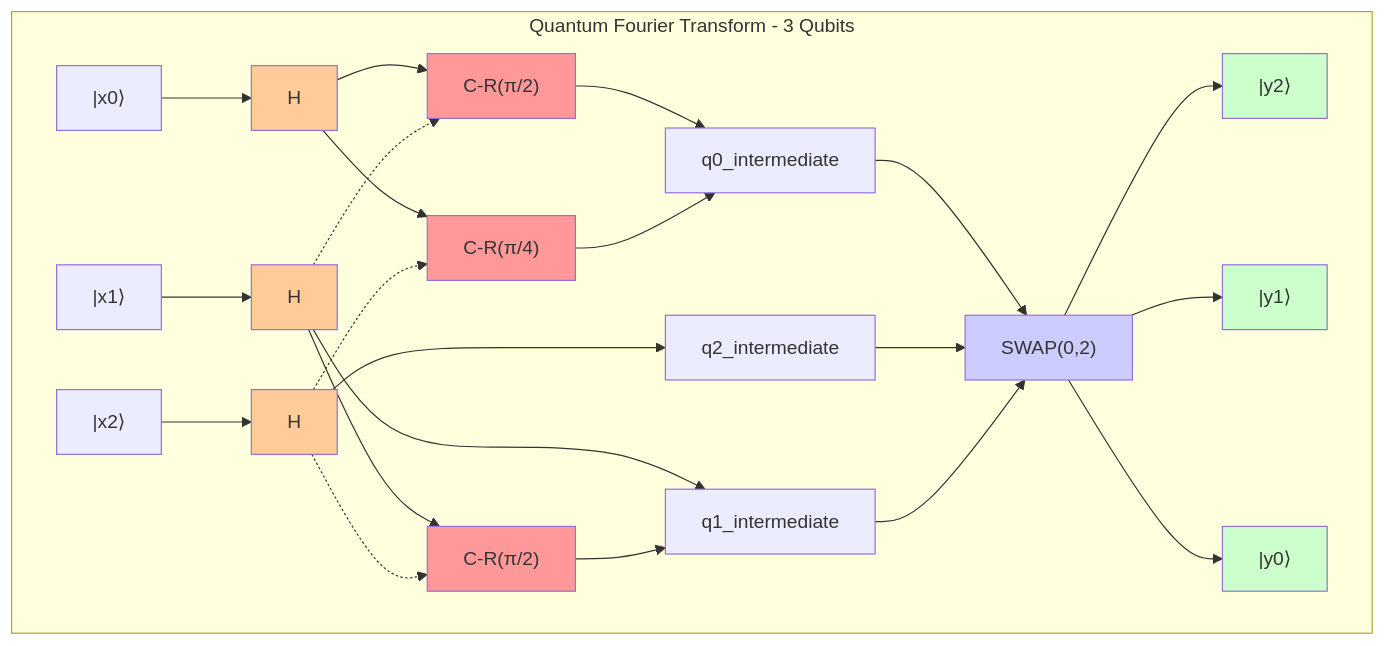
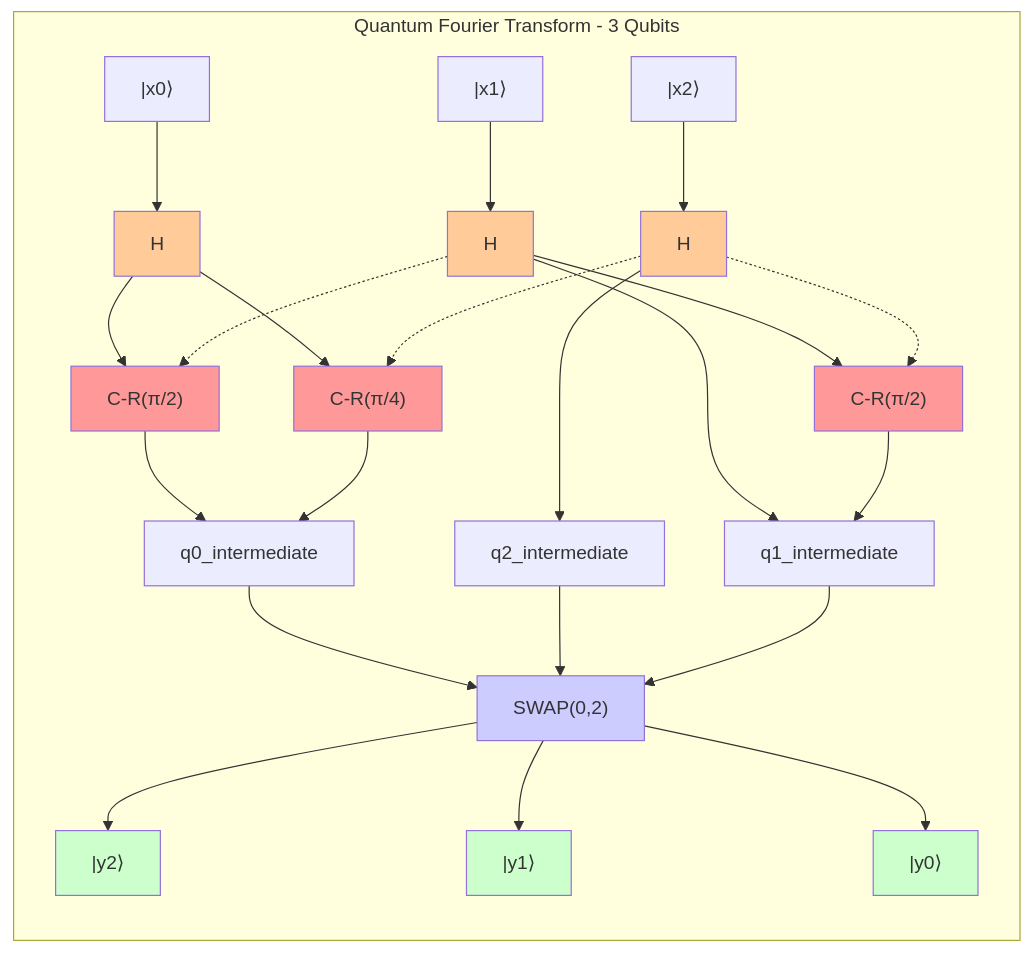
Before and after one commit to 0xReLogic/Chaos: the third of 4 diagrams in README.md, drawn with Mermaid. The commit also changed other lines of this file, not shown here.

Commit message:
Position subgraphs to the right to prevent title cutoff in mermaid diagrams

````diff
--- a/README.md
+++ b/README.md
@@ -178,48 +178,50 @@
 ```mermaid
 graph TD
+    direction LR
     subgraph QFT_Circuit ["Quantum Fourier Transform - 3 Qubits"]
+        direction TD
         %% Input states
         q0_in["|x0⟩"] --> H0[H] 
         q1_in["|x1⟩"] --> H1[H]
         q2_in["|x2⟩"] --> H2[H]
         
         %% First layer - Hadamard + Controlled Rotations
         H0 --> CR1["C-R(π/2)"]
         H0 --> CR2["C-R(π/4)"]
         H1 --> CR3["C-R(π/2)"]
         
         %% Control connections (dotted lines for clarity)
         H1 -.-> CR1
         H2 -.-> CR2
         H2 -.-> CR3
         
         %% Second layer outputs
         CR1 --> H1_out["q0_intermediate"]
         CR2 --> H1_out
         H1 --> H2_out["q1_intermediate"] 
         CR3 --> H2_out
         H2 --> H3_out["q2_intermediate"]
         
         %% SWAP network
         H1_out --> SWAP1["SWAP(0,2)"]
         H3_out --> SWAP1
         H2_out --> SWAP1
         
         %% Final outputs
         SWAP1 --> q2_final["|y2⟩"]
         SWAP1 --> q1_final["|y1⟩"] 
         SWAP1 --> q0_final["|y0⟩"]
         
         %% Styling
         style H0 fill:#ffcc99
         style H1 fill:#ffcc99
         style H2 fill:#ffcc99
         style CR1 fill:#ff9999
         style CR2 fill:#ff9999
         style CR3 fill:#ff9999
         style SWAP1 fill:#ccccff
         style q0_final fill:#ccffcc
         style q1_final fill:#ccffcc
         style q2_final fill:#ccffcc
     end
 ```
````
